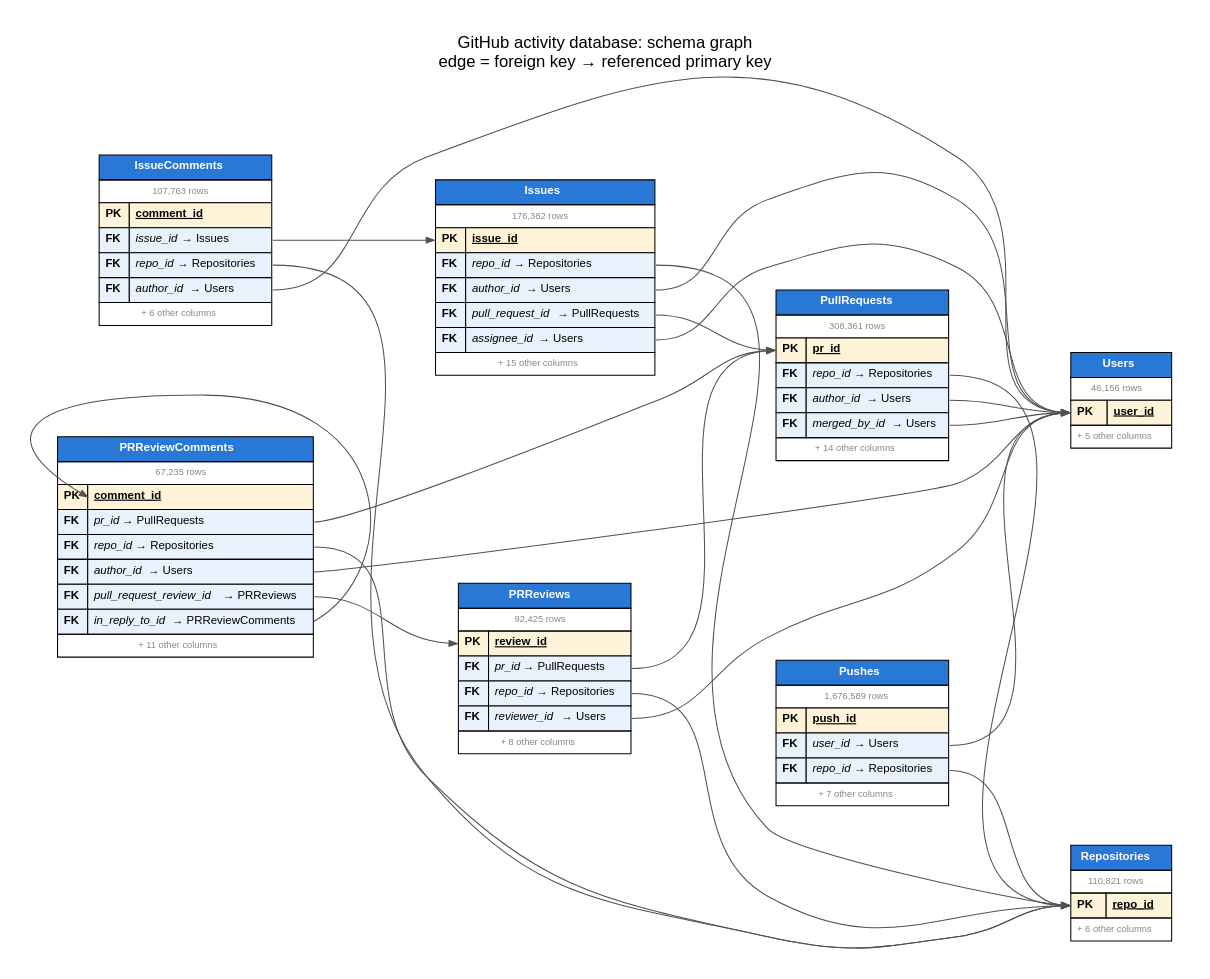
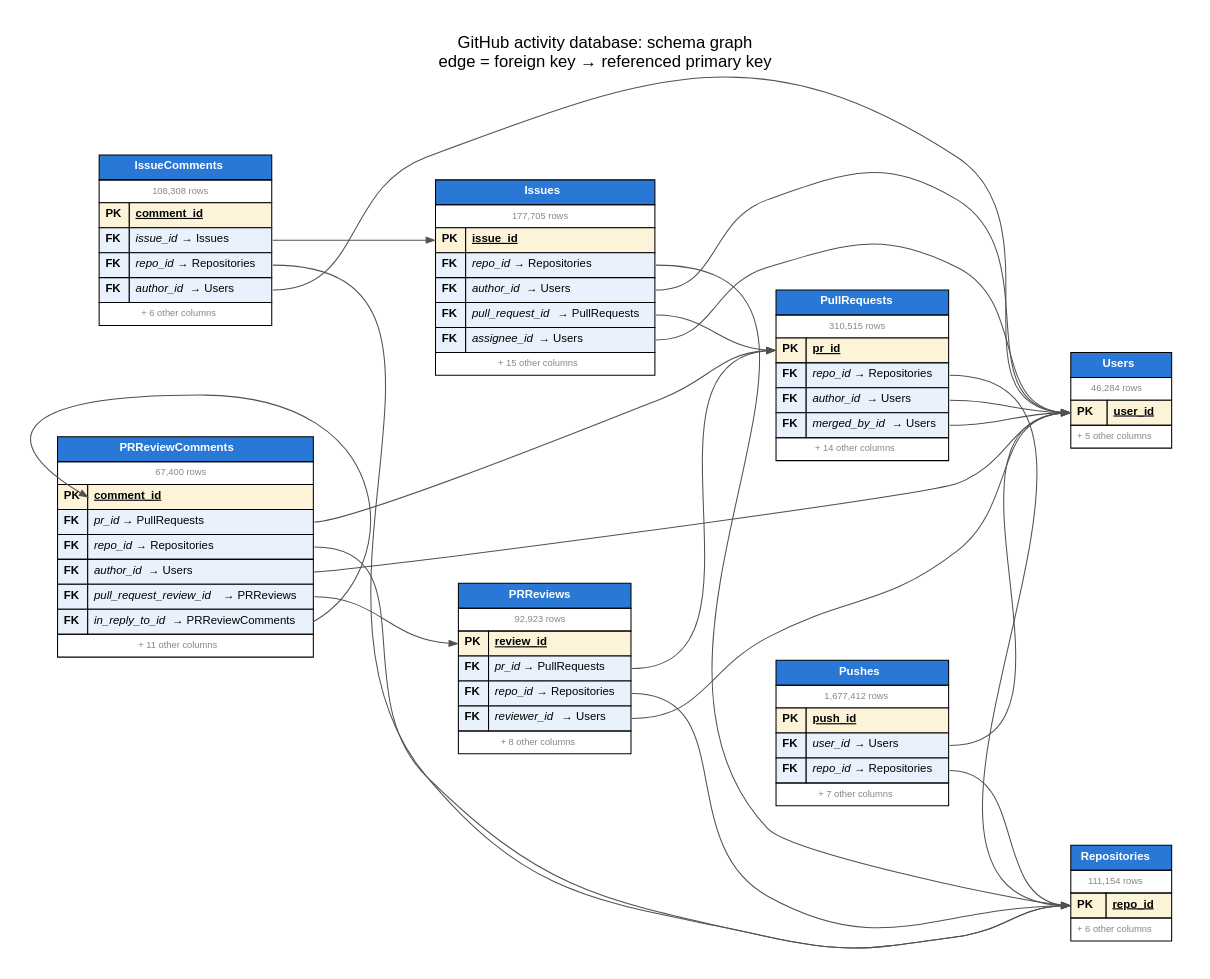
The diagram in figures/schema_graph.dot (hnvkhanh/BigData2026-Assignment2), drawn with Graphviz before and after one commit. The commit also changed 14 other files, not shown here.

Commit message:
Add RelGT related-rows sampling, history-feature run script, schema graphs

```diff
--- a/figures/schema_graph.dot
+++ b/figures/schema_graph.dot
@@ -3,14 +3,14 @@
 edge = foreign key → referenced primary key" labelloc=t nodesep=0.5 pad=0.3 rankdir=LR ranksep=1.4 splines=spline]
 	node [fontname=Helvetica fontsize=11 shape=plaintext]
 	edge [arrowsize=0.8 color="#52514e"]
-	Users [label=<<table border="0" cellborder="1" cellspacing="0" cellpadding="5"><tr><td bgcolor="#2a78d6" colspan="2"><font color="white"><b>Users</b></font></td></tr><tr><td colspan="2"><font point-size="9" color="#898781">46,156 rows</font></td></tr><tr><td bgcolor="#fdf3d8" port="user_id" align="left"><b>PK</b></td><td bgcolor="#fdf3d8" align="left"><b><u>user_id</u></b></td></tr><tr><td colspan="2"><font point-size="9" color="#898781">+ 5 other columns</font></td></tr></table>>]
-	Repositories [label=<<table border="0" cellborder="1" cellspacing="0" cellpadding="5"><tr><td bgcolor="#2a78d6" colspan="2"><font color="white"><b>Repositories</b></font></td></tr><tr><td colspan="2"><font point-size="9" color="#898781">110,821 rows</font></td></tr><tr><td bgcolor="#fdf3d8" port="repo_id" align="left"><b>PK</b></td><td bgcolor="#fdf3d8" align="left"><b><u>repo_id</u></b></td></tr><tr><td colspan="2"><font point-size="9" color="#898781">+ 6 other columns</font></td></tr></table>>]
-	PullRequests [label=<<table border="0" cellborder="1" cellspacing="0" cellpadding="5"><tr><td bgcolor="#2a78d6" colspan="2"><font color="white"><b>PullRequests</b></font></td></tr><tr><td colspan="2"><font point-size="9" color="#898781">308,361 rows</font></td></tr><tr><td bgcolor="#fdf3d8" port="pr_id" align="left"><b>PK</b></td><td bgcolor="#fdf3d8" align="left"><b><u>pr_id</u></b></td></tr><tr><td bgcolor="#e8f1fc" align="left"><b>FK</b></td><td bgcolor="#e8f1fc" port="repo_id" align="left"><i>repo_id</i> → Repositories</td></tr><tr><td bgcolor="#e8f1fc" align="left"><b>FK</b></td><td bgcolor="#e8f1fc" port="author_id" align="left"><i>author_id</i> → Users</td></tr><tr><td bgcolor="#e8f1fc" align="left"><b>FK</b></td><td bgcolor="#e8f1fc" port="merged_by_id" align="left"><i>merged_by_id</i> → Users</td></tr><tr><td colspan="2"><font point-size="9" color="#898781">+ 14 other columns</font></td></tr></table>>]
-	Issues [label=<<table border="0" cellborder="1" cellspacing="0" cellpadding="5"><tr><td bgcolor="#2a78d6" colspan="2"><font color="white"><b>Issues</b></font></td></tr><tr><td colspan="2"><font point-size="9" color="#898781">176,382 rows</font></td></tr><tr><td bgcolor="#fdf3d8" port="issue_id" align="left"><b>PK</b></td><td bgcolor="#fdf3d8" align="left"><b><u>issue_id</u></b></td></tr><tr><td bgcolor="#e8f1fc" align="left"><b>FK</b></td><td bgcolor="#e8f1fc" port="repo_id" align="left"><i>repo_id</i> → Repositories</td></tr><tr><td bgcolor="#e8f1fc" align="left"><b>FK</b></td><td bgcolor="#e8f1fc" port="author_id" align="left"><i>author_id</i> → Users</td></tr><tr><td bgcolor="#e8f1fc" align="left"><b>FK</b></td><td bgcolor="#e8f1fc" port="pull_request_id" align="left"><i>pull_request_id</i> → PullRequests</td></tr><tr><td bgcolor="#e8f1fc" align="left"><b>FK</b></td><td bgcolor="#e8f1fc" port="assignee_id" align="left"><i>assignee_id</i> → Users</td></tr><tr><td colspan="2"><font point-size="9" color="#898781">+ 15 other columns</font></td></tr></table>>]
-	IssueComments [label=<<table border="0" cellborder="1" cellspacing="0" cellpadding="5"><tr><td bgcolor="#2a78d6" colspan="2"><font color="white"><b>IssueComments</b></font></td></tr><tr><td colspan="2"><font point-size="9" color="#898781">107,763 rows</font></td></tr><tr><td bgcolor="#fdf3d8" port="comment_id" align="left"><b>PK</b></td><td bgcolor="#fdf3d8" align="left"><b><u>comment_id</u></b></td></tr><tr><td bgcolor="#e8f1fc" align="left"><b>FK</b></td><td bgcolor="#e8f1fc" port="issue_id" align="left"><i>issue_id</i> → Issues</td></tr><tr><td bgcolor="#e8f1fc" align="left"><b>FK</b></td><td bgcolor="#e8f1fc" port="repo_id" align="left"><i>repo_id</i> → Repositories</td></tr><tr><td bgcolor="#e8f1fc" align="left"><b>FK</b></td><td bgcolor="#e8f1fc" port="author_id" align="left"><i>author_id</i> → Users</td></tr><tr><td colspan="2"><font point-size="9" color="#898781">+ 6 other columns</font></td></tr></table>>]
-	PRReviews [label=<<table border="0" cellborder="1" cellspacing="0" cellpadding="5"><tr><td bgcolor="#2a78d6" colspan="2"><font color="white"><b>PRReviews</b></font></td></tr><tr><td colspan="2"><font point-size="9" color="#898781">92,425 rows</font></td></tr><tr><td bgcolor="#fdf3d8" port="review_id" align="left"><b>PK</b></td><td bgcolor="#fdf3d8" align="left"><b><u>review_id</u></b></td></tr><tr><td bgcolor="#e8f1fc" align="left"><b>FK</b></td><td bgcolor="#e8f1fc" port="pr_id" align="left"><i>pr_id</i> → PullRequests</td></tr><tr><td bgcolor="#e8f1fc" align="left"><b>FK</b></td><td bgcolor="#e8f1fc" port="repo_id" align="left"><i>repo_id</i> → Repositories</td></tr><tr><td bgcolor="#e8f1fc" align="left"><b>FK</b></td><td bgcolor="#e8f1fc" port="reviewer_id" align="left"><i>reviewer_id</i> → Users</td></tr><tr><td colspan="2"><font point-size="9" color="#898781">+ 8 other columns</font></td></tr></table>>]
-	PRReviewComments [label=<<table border="0" cellborder="1" cellspacing="0" cellpadding="5"><tr><td bgcolor="#2a78d6" colspan="2"><font color="white"><b>PRReviewComments</b></font></td></tr><tr><td colspan="2"><font point-size="9" color="#898781">67,235 rows</font></td></tr><tr><td bgcolor="#fdf3d8" port="comment_id" align="left"><b>PK</b></td><td bgcolor="#fdf3d8" align="left"><b><u>comment_id</u></b></td></tr><tr><td bgcolor="#e8f1fc" align="left"><b>FK</b></td><td bgcolor="#e8f1fc" port="pr_id" align="left"><i>pr_id</i> → PullRequests</td></tr><tr><td bgcolor="#e8f1fc" align="left"><b>FK</b></td><td bgcolor="#e8f1fc" port="repo_id" align="left"><i>repo_id</i> → Repositories</td></tr><tr><td bgcolor="#e8f1fc" align="left"><b>FK</b></td><td bgcolor="#e8f1fc" port="author_id" align="left"><i>author_id</i> → Users</td></tr><tr><td bgcolor="#e8f1fc" align="left"><b>FK</b></td><td bgcolor="#e8f1fc" port="pull_request_review_id" align="left"><i>pull_request_review_id</i> → PRReviews</td></tr><tr><td bgcolor="#e8f1fc" align="left"><b>FK</b></td><td bgcolor="#e8f1fc" port="in_reply_to_id" align="left"><i>in_reply_to_id</i> → PRReviewComments</td></tr><tr><td colspan="2"><font point-size="9" color="#898781">+ 11 other columns</font></td></tr></table>>]
-	Pushes [label=<<table border="0" cellborder="1" cellspacing="0" cellpadding="5"><tr><td bgcolor="#2a78d6" colspan="2"><font color="white"><b>Pushes</b></font></td></tr><tr><td colspan="2"><font point-size="9" color="#898781">1,676,589 rows</font></td></tr><tr><td bgcolor="#fdf3d8" port="push_id" align="left"><b>PK</b></td><td bgcolor="#fdf3d8" align="left"><b><u>push_id</u></b></td></tr><tr><td bgcolor="#e8f1fc" align="left"><b>FK</b></td><td bgcolor="#e8f1fc" port="user_id" align="left"><i>user_id</i> → Users</td></tr><tr><td bgcolor="#e8f1fc" align="left"><b>FK</b></td><td bgcolor="#e8f1fc" port="repo_id" align="left"><i>repo_id</i> → Repositories</td></tr><tr><td colspan="2"><font point-size="9" color="#898781">+ 7 other columns</font></td></tr></table>>]
+	Users [label=<<table border="0" cellborder="1" cellspacing="0" cellpadding="5"><tr><td bgcolor="#2a78d6" colspan="2"><font color="white"><b>Users</b></font></td></tr><tr><td colspan="2"><font point-size="9" color="#898781">46,284 rows</font></td></tr><tr><td bgcolor="#fdf3d8" port="user_id" align="left"><b>PK</b></td><td bgcolor="#fdf3d8" align="left"><b><u>user_id</u></b></td></tr><tr><td colspan="2"><font point-size="9" color="#898781">+ 5 other columns</font></td></tr></table>>]
+	Repositories [label=<<table border="0" cellborder="1" cellspacing="0" cellpadding="5"><tr><td bgcolor="#2a78d6" colspan="2"><font color="white"><b>Repositories</b></font></td></tr><tr><td colspan="2"><font point-size="9" color="#898781">111,154 rows</font></td></tr><tr><td bgcolor="#fdf3d8" port="repo_id" align="left"><b>PK</b></td><td bgcolor="#fdf3d8" align="left"><b><u>repo_id</u></b></td></tr><tr><td colspan="2"><font point-size="9" color="#898781">+ 6 other columns</font></td></tr></table>>]
+	PullRequests [label=<<table border="0" cellborder="1" cellspacing="0" cellpadding="5"><tr><td bgcolor="#2a78d6" colspan="2"><font color="white"><b>PullRequests</b></font></td></tr><tr><td colspan="2"><font point-size="9" color="#898781">310,515 rows</font></td></tr><tr><td bgcolor="#fdf3d8" port="pr_id" align="left"><b>PK</b></td><td bgcolor="#fdf3d8" align="left"><b><u>pr_id</u></b></td></tr><tr><td bgcolor="#e8f1fc" align="left"><b>FK</b></td><td bgcolor="#e8f1fc" port="repo_id" align="left"><i>repo_id</i> → Repositories</td></tr><tr><td bgcolor="#e8f1fc" align="left"><b>FK</b></td><td bgcolor="#e8f1fc" port="author_id" align="left"><i>author_id</i> → Users</td></tr><tr><td bgcolor="#e8f1fc" align="left"><b>FK</b></td><td bgcolor="#e8f1fc" port="merged_by_id" align="left"><i>merged_by_id</i> → Users</td></tr><tr><td colspan="2"><font point-size="9" color="#898781">+ 14 other columns</font></td></tr></table>>]
+	Issues [label=<<table border="0" cellborder="1" cellspacing="0" cellpadding="5"><tr><td bgcolor="#2a78d6" colspan="2"><font color="white"><b>Issues</b></font></td></tr><tr><td colspan="2"><font point-size="9" color="#898781">177,705 rows</font></td></tr><tr><td bgcolor="#fdf3d8" port="issue_id" align="left"><b>PK</b></td><td bgcolor="#fdf3d8" align="left"><b><u>issue_id</u></b></td></tr><tr><td bgcolor="#e8f1fc" align="left"><b>FK</b></td><td bgcolor="#e8f1fc" port="repo_id" align="left"><i>repo_id</i> → Repositories</td></tr><tr><td bgcolor="#e8f1fc" align="left"><b>FK</b></td><td bgcolor="#e8f1fc" port="author_id" align="left"><i>author_id</i> → Users</td></tr><tr><td bgcolor="#e8f1fc" align="left"><b>FK</b></td><td bgcolor="#e8f1fc" port="pull_request_id" align="left"><i>pull_request_id</i> → PullRequests</td></tr><tr><td bgcolor="#e8f1fc" align="left"><b>FK</b></td><td bgcolor="#e8f1fc" port="assignee_id" align="left"><i>assignee_id</i> → Users</td></tr><tr><td colspan="2"><font point-size="9" color="#898781">+ 15 other columns</font></td></tr></table>>]
+	IssueComments [label=<<table border="0" cellborder="1" cellspacing="0" cellpadding="5"><tr><td bgcolor="#2a78d6" colspan="2"><font color="white"><b>IssueComments</b></font></td></tr><tr><td colspan="2"><font point-size="9" color="#898781">108,308 rows</font></td></tr><tr><td bgcolor="#fdf3d8" port="comment_id" align="left"><b>PK</b></td><td bgcolor="#fdf3d8" align="left"><b><u>comment_id</u></b></td></tr><tr><td bgcolor="#e8f1fc" align="left"><b>FK</b></td><td bgcolor="#e8f1fc" port="issue_id" align="left"><i>issue_id</i> → Issues</td></tr><tr><td bgcolor="#e8f1fc" align="left"><b>FK</b></td><td bgcolor="#e8f1fc" port="repo_id" align="left"><i>repo_id</i> → Repositories</td></tr><tr><td bgcolor="#e8f1fc" align="left"><b>FK</b></td><td bgcolor="#e8f1fc" port="author_id" align="left"><i>author_id</i> → Users</td></tr><tr><td colspan="2"><font point-size="9" color="#898781">+ 6 other columns</font></td></tr></table>>]
+	PRReviews [label=<<table border="0" cellborder="1" cellspacing="0" cellpadding="5"><tr><td bgcolor="#2a78d6" colspan="2"><font color="white"><b>PRReviews</b></font></td></tr><tr><td colspan="2"><font point-size="9" color="#898781">92,923 rows</font></td></tr><tr><td bgcolor="#fdf3d8" port="review_id" align="left"><b>PK</b></td><td bgcolor="#fdf3d8" align="left"><b><u>review_id</u></b></td></tr><tr><td bgcolor="#e8f1fc" align="left"><b>FK</b></td><td bgcolor="#e8f1fc" port="pr_id" align="left"><i>pr_id</i> → PullRequests</td></tr><tr><td bgcolor="#e8f1fc" align="left"><b>FK</b></td><td bgcolor="#e8f1fc" port="repo_id" align="left"><i>repo_id</i> → Repositories</td></tr><tr><td bgcolor="#e8f1fc" align="left"><b>FK</b></td><td bgcolor="#e8f1fc" port="reviewer_id" align="left"><i>reviewer_id</i> → Users</td></tr><tr><td colspan="2"><font point-size="9" color="#898781">+ 8 other columns</font></td></tr></table>>]
+	PRReviewComments [label=<<table border="0" cellborder="1" cellspacing="0" cellpadding="5"><tr><td bgcolor="#2a78d6" colspan="2"><font color="white"><b>PRReviewComments</b></font></td></tr><tr><td colspan="2"><font point-size="9" color="#898781">67,400 rows</font></td></tr><tr><td bgcolor="#fdf3d8" port="comment_id" align="left"><b>PK</b></td><td bgcolor="#fdf3d8" align="left"><b><u>comment_id</u></b></td></tr><tr><td bgcolor="#e8f1fc" align="left"><b>FK</b></td><td bgcolor="#e8f1fc" port="pr_id" align="left"><i>pr_id</i> → PullRequests</td></tr><tr><td bgcolor="#e8f1fc" align="left"><b>FK</b></td><td bgcolor="#e8f1fc" port="repo_id" align="left"><i>repo_id</i> → Repositories</td></tr><tr><td bgcolor="#e8f1fc" align="left"><b>FK</b></td><td bgcolor="#e8f1fc" port="author_id" align="left"><i>author_id</i> → Users</td></tr><tr><td bgcolor="#e8f1fc" align="left"><b>FK</b></td><td bgcolor="#e8f1fc" port="pull_request_review_id" align="left"><i>pull_request_review_id</i> → PRReviews</td></tr><tr><td bgcolor="#e8f1fc" align="left"><b>FK</b></td><td bgcolor="#e8f1fc" port="in_reply_to_id" align="left"><i>in_reply_to_id</i> → PRReviewComments</td></tr><tr><td colspan="2"><font point-size="9" color="#898781">+ 11 other columns</font></td></tr></table>>]
+	Pushes [label=<<table border="0" cellborder="1" cellspacing="0" cellpadding="5"><tr><td bgcolor="#2a78d6" colspan="2"><font color="white"><b>Pushes</b></font></td></tr><tr><td colspan="2"><font point-size="9" color="#898781">1,677,412 rows</font></td></tr><tr><td bgcolor="#fdf3d8" port="push_id" align="left"><b>PK</b></td><td bgcolor="#fdf3d8" align="left"><b><u>push_id</u></b></td></tr><tr><td bgcolor="#e8f1fc" align="left"><b>FK</b></td><td bgcolor="#e8f1fc" port="user_id" align="left"><i>user_id</i> → Users</td></tr><tr><td bgcolor="#e8f1fc" align="left"><b>FK</b></td><td bgcolor="#e8f1fc" port="repo_id" align="left"><i>repo_id</i> → Repositories</td></tr><tr><td colspan="2"><font point-size="9" color="#898781">+ 7 other columns</font></td></tr></table>>]
 	PullRequests:repo_id:e -> Repositories:repo_id:w [tooltip="PullRequests.repo_id → Repositories.repo_id"]
 	PullRequests:author_id:e -> Users:user_id:w [tooltip="PullRequests.author_id → Users.user_id"]
 	PullRequests:merged_by_id:e -> Users:user_id:w [tooltip="PullRequests.merged_by_id → Users.user_id"]
```
